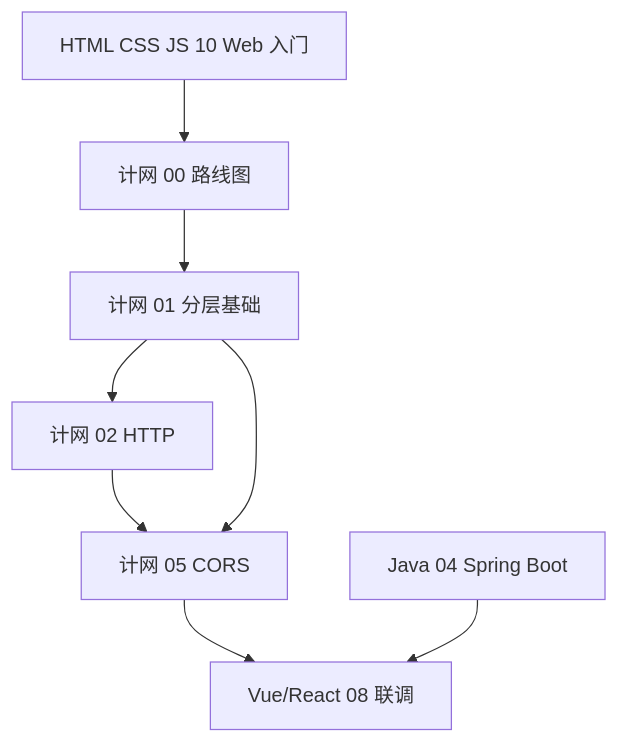
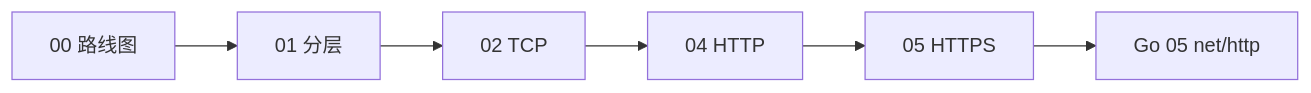
One commit to moqix26/study changed the diagram in 前端学习/计算机网络/00-学习路线图与说明.md. Above: the diagram before and after it, drawn with Mermaid. The commit also changed other lines of this file and 10 other files, not shown here.

````diff
--- a/前端学习/计算机网络/00-学习路线图与说明.md
+++ b/前端学习/计算机网络/00-学习路线图与说明.md
@@ -357,15 +124,10 @@
 ```mermaid
-flowchart TB
-  H10[HTML CSS JS 10 Web 入门]
-  N00[计网 00 路线图]
-  N01[计网 01 分层基础]
-  N02[计网 02 HTTP]
-  N05[计网 05 CORS]
-  V08[Vue/React 08 联调]
-  J04[Java 04 Spring Boot]
-  H10 --> N00 --> N01 --> N02
-  N02 --> N05
-  N05 --> V08
-  J04 --> V08
-  N01 --> N05
+flowchart LR
+    N00[00 路线图]
+    N01[01 分层]
+    N02[02 TCP]
+    N04[04 HTTP]
+    N05[05 HTTPS]
+    G05[Go 05 net/http]
+    N00 --> N01 --> N02 --> N04 --> N05 --> G05
 ```
````
